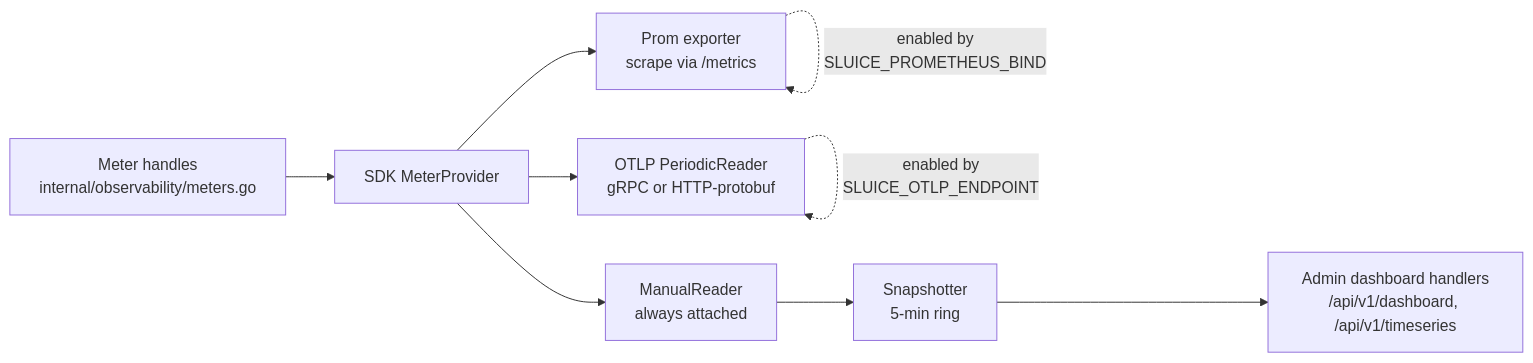
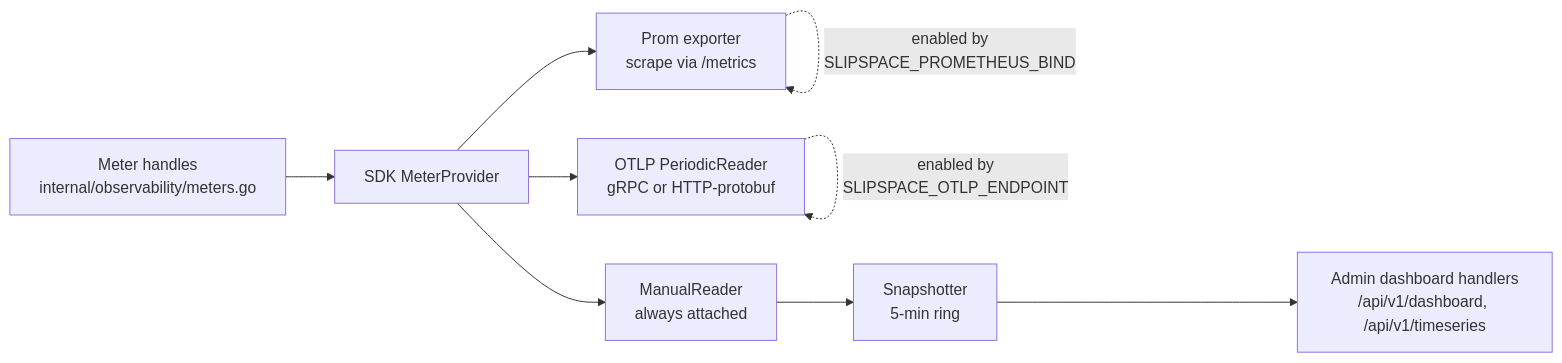
One commit to andyjmorgan/slipspace-gateway changed the first of 2 diagrams in docs/observability.md. Above: the diagram before and after it, drawn with Mermaid. The commit also changed other lines of this file and 212 other files, not shown here.

````diff
--- a/docs/observability.md
+++ b/docs/observability.md
@@ -58,11 +58,11 @@
 ```mermaid
 flowchart LR
     A[Meter handles<br/>internal/observability/meters.go] --> MP[SDK MeterProvider]
     MP --> R1[Prom exporter<br/>scrape via /metrics]
     MP --> R2[OTLP PeriodicReader<br/>gRPC or HTTP-protobuf]
     MP --> R3[ManualReader<br/>always attached]
-    R1 -. enabled by<br/>SLUICE_PROMETHEUS_BIND .-> R1
-    R2 -. enabled by<br/>SLUICE_OTLP_ENDPOINT .-> R2
+    R1 -. enabled by<br/>SLIPSPACE_PROMETHEUS_BIND .-> R1
+    R2 -. enabled by<br/>SLIPSPACE_OTLP_ENDPOINT .-> R2
     R3 --> Snap[Snapshotter<br/>5-min ring]
     Snap --> Admin[Admin dashboard handlers<br/>/api/v1/dashboard, /api/v1/timeseries]
 ```
````
